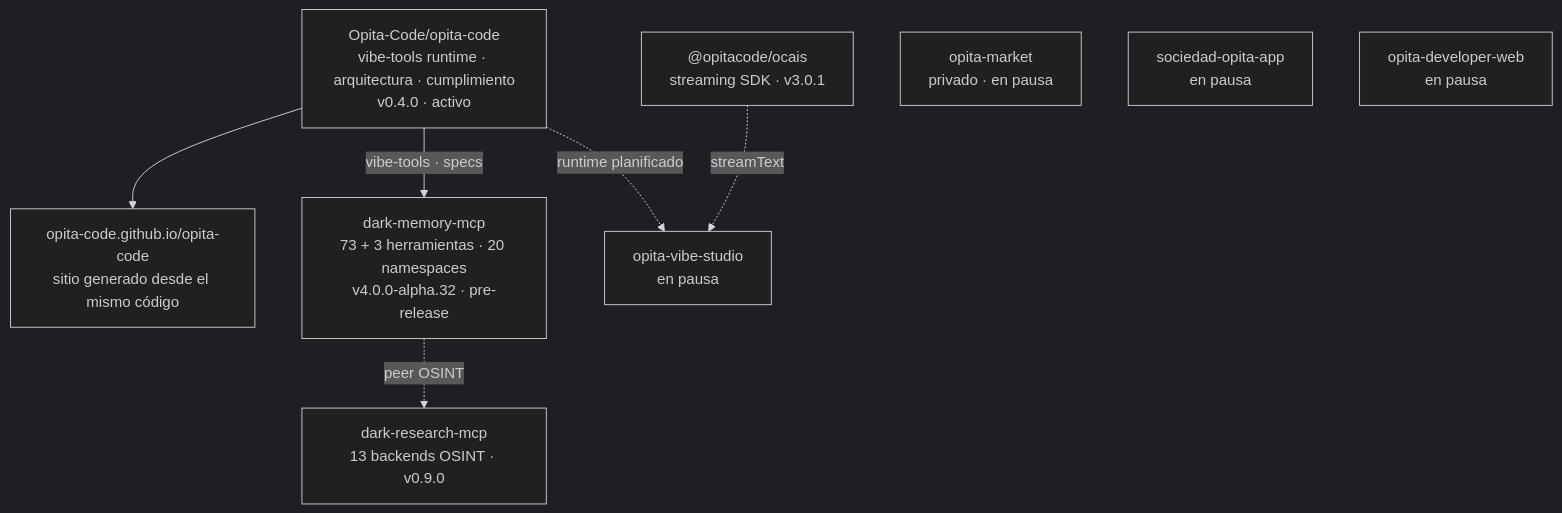
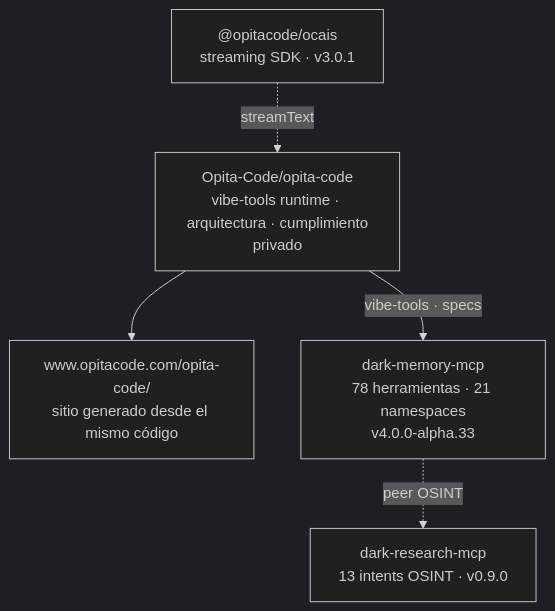
Before and after one commit to Opita-Code/.github: the diagram in profile/README.md, drawn with Mermaid (dark theme). The commit also changed other lines of this file, not shown here.

````diff
--- a/profile/README.md
+++ b/profile/README.md
@@ -100,18 +100,13 @@
 ```mermaid
 graph TD
-    CODE["Opita-Code/opita-code<br/>vibe-tools runtime · arquitectura · cumplimiento<br/>v0.4.0 · activo"]
-    SITE["opita-code.github.io/opita-code<br/>sitio generado desde el mismo código"]
-    DM["dark-memory-mcp<br/>73 + 3 herramientas · 20 namespaces<br/>v4.0.0-alpha.32 · pre-release"]
-    DR["dark-research-mcp<br/>13 backends OSINT · v0.9.0"]
+    CODE["Opita-Code/opita-code<br/>vibe-tools runtime · arquitectura · cumplimiento<br/>privado"]
+    SITE["www.opitacode.com/opita-code/<br/>sitio generado desde el mismo código"]
+    DM["dark-memory-mcp<br/>78 herramientas · 21 namespaces<br/>v4.0.0-alpha.33"]
+    DR["dark-research-mcp<br/>13 intents OSINT · v0.9.0"]
     SDK["@opitacode/ocais<br/>streaming SDK · v3.0.1"]
-    VS["opita-vibe-studio<br/>en pausa"]
-    MK["opita-market<br/>privado · en pausa"]
-    SO["sociedad-opita-app<br/>en pausa"]
-    DEV["opita-developer-web<br/>en pausa"]
 
     CODE --> SITE
     CODE -->|"vibe-tools · specs"| DM
     DM -.->|"peer OSINT"| DR
-    CODE -.->|"runtime planificado"| VS
-    SDK -.->|"streamText"| VS
+    SDK -.->|"streamText"| CODE
 ```
````
